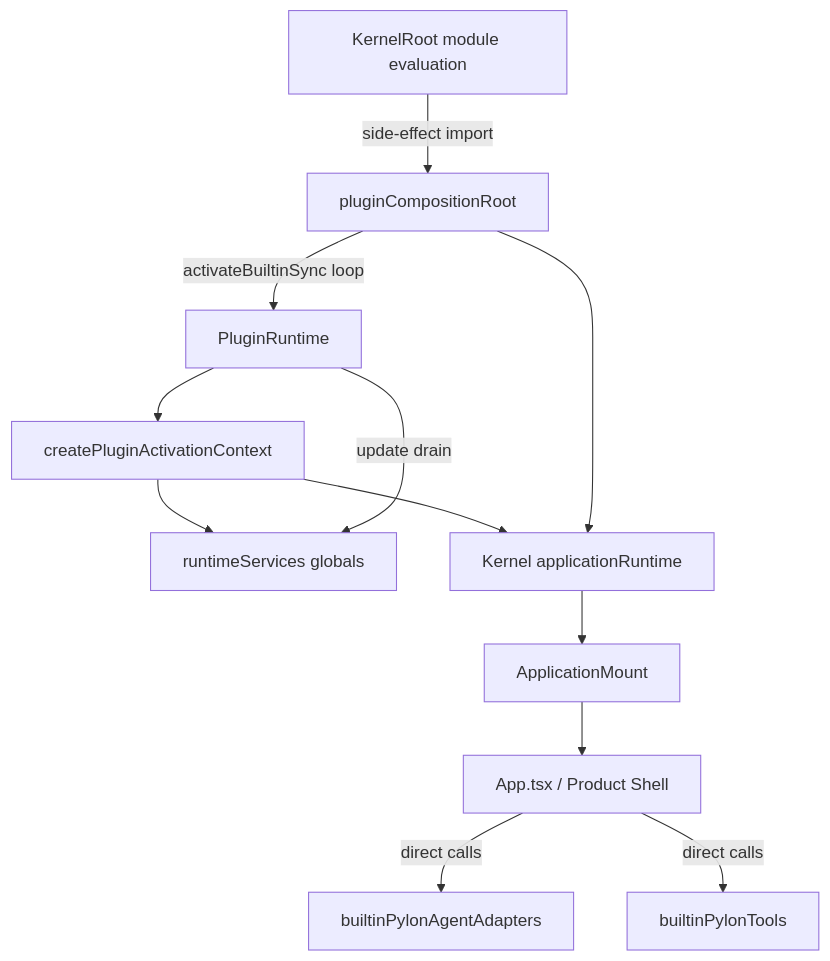
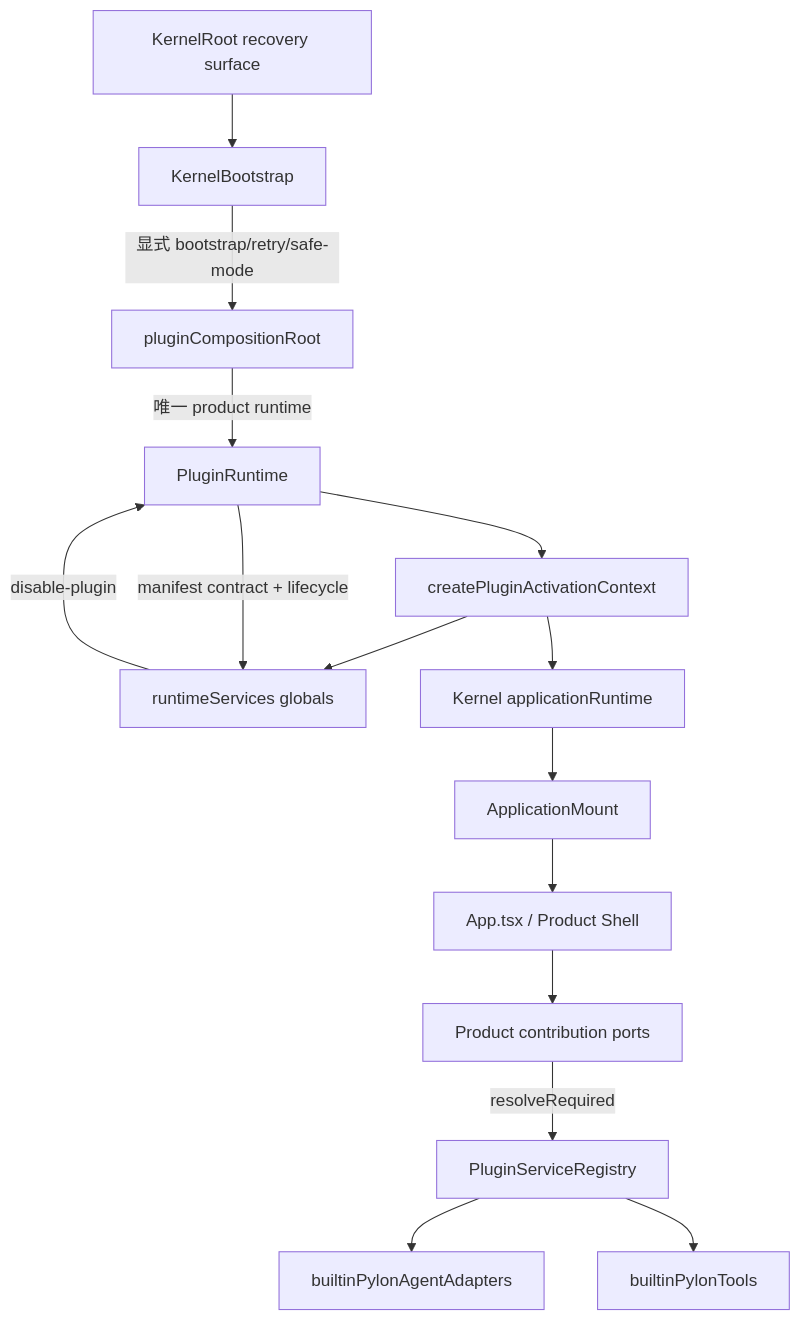
One commit to AlchemistCxC/Pylon-co-works changed the third of 3 diagrams in docs/Pylon-Kernel-剩余任务长程施工书.md. Above: the diagram before and after it, drawn with Mermaid. The commit also changed other lines of this file and 2 other files, not shown here.

Commit message:
docs: close kernel hardening validation ledger

````diff
--- a/docs/Pylon-Kernel-剩余任务长程施工书.md
+++ b/docs/Pylon-Kernel-剩余任务长程施工书.md
@@ -115,14 +115,17 @@
 ```mermaid
 flowchart TD
-  KR[KernelRoot module evaluation] -->|side-effect import| CR[pluginCompositionRoot]
-  CR -->|activateBuiltinSync loop| PR[PluginRuntime]
+  KR[KernelRoot recovery surface] --> KB[KernelBootstrap]
+  KB -->|显式 bootstrap/retry/safe-mode| CR[pluginCompositionRoot]
+  CR -->|唯一 product runtime| PR[PluginRuntime]
   PR --> PAC[createPluginActivationContext]
   PAC --> RS[runtimeServices globals]
   PAC --> AR[Kernel applicationRuntime]
-  PR -->|update drain| RS
-  CR --> AR
+  PR -->|manifest contract + lifecycle| RS
   AR --> AM[ApplicationMount]
   AM --> App[App.tsx / Product Shell]
-  App -->|direct calls| AA[builtinPylonAgentAdapters]
-  App -->|direct calls| Tools[builtinPylonTools]
+  App --> Ports[Product contribution ports]
+  Ports -->|resolveRequired| Services[PluginServiceRegistry]
+  Services --> AA[builtinPylonAgentAdapters]
+  Services --> Tools[builtinPylonTools]
+  RS -->|disable-plugin| PR
 ```
````
